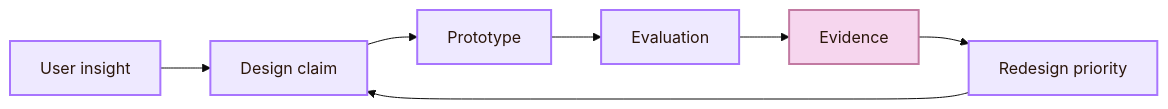
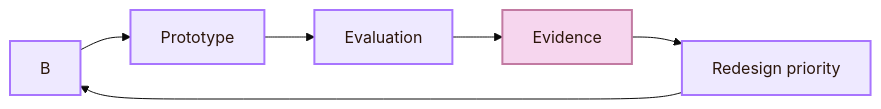
Before and after one commit to andreitegzes06-ui/CogniShire: diagram 11 of 12 in 01_Core_Area_HCI/001_Subareas/01_Understanding_the_User/Activities/Design.md, drawn with Mermaid (base theme). The commit also changed other lines of this file and 131 other files, not shown here.

````diff
--- a/01_Core_Area_HCI/001_Subareas/01_Understanding_the_User/Activities/Design.md
+++ b/01_Core_Area_HCI/001_Subareas/01_Understanding_the_User/Activities/Design.md
@@ -370,15 +362,14 @@
 ```mermaid
 flowchart LR
-    A["User insight"] --> B["Design claim"]
     B --> C["Prototype"]
     C --> D["Evaluation"]
     D --> E["Evidence"]
     E --> F["Redesign priority"]
     F --> B
 
     classDef node fill:#eee9ff,stroke:#a875ff,color:#2b160b,stroke-width:2px;
     classDef detail fill:#f6d6ee,stroke:#c27aa2,color:#2b160b,stroke-width:2px;
 
     class A,B,C,D,F node;
     class E detail;
 ```
````
